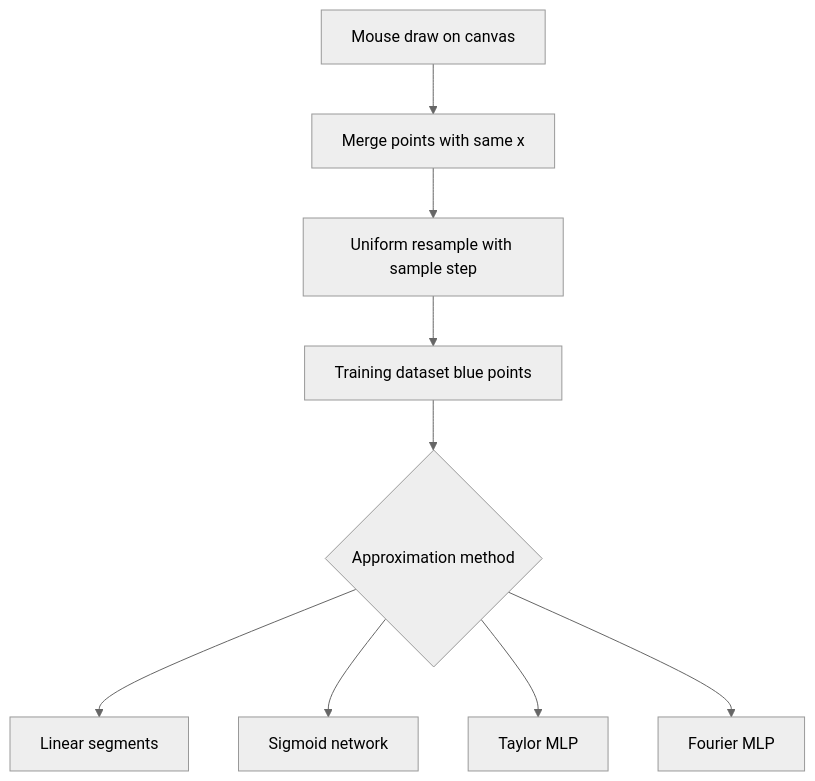
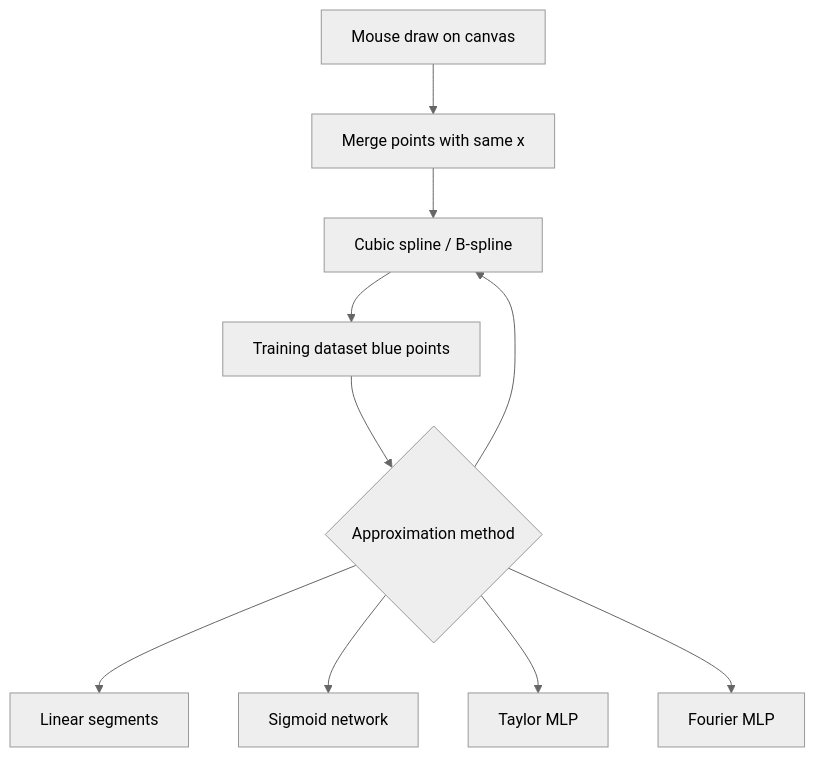
The second of 2 diagrams in README.md (KroSheChKa/GraphBot), drawn with Mermaid (neutral theme) before and after one commit. The commit also changed other lines of this file and 7 other files, not shown here.

````diff
--- a/README.md
+++ b/README.md
@@ -280,11 +283,12 @@
 ```mermaid
 flowchart TD
   A[Mouse draw on canvas] --> B[Merge points with same x]
   B --> C[Uniform resample with sample step]
   C --> D[Training dataset blue points]
   D --> E{Approximation method}
   E --> L[Linear segments]
   E --> S[Sigmoid network]
   E --> T[Taylor MLP]
   E --> F[Fourier MLP]
+  E --> C[Cubic spline / B-spline]
 ```
````
